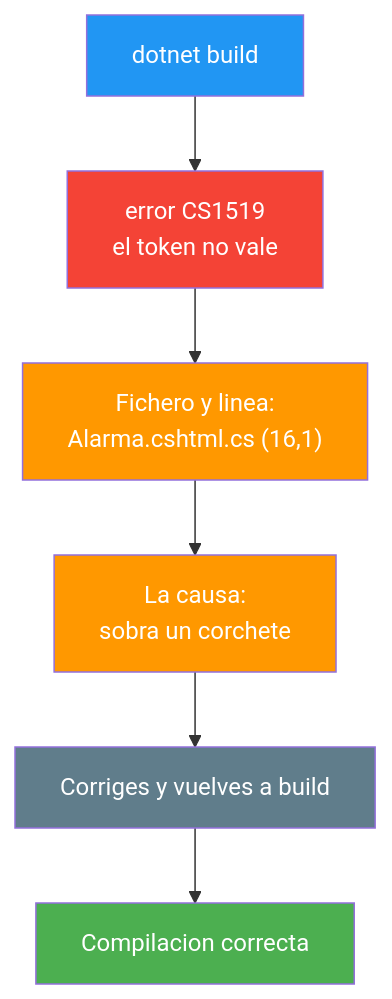
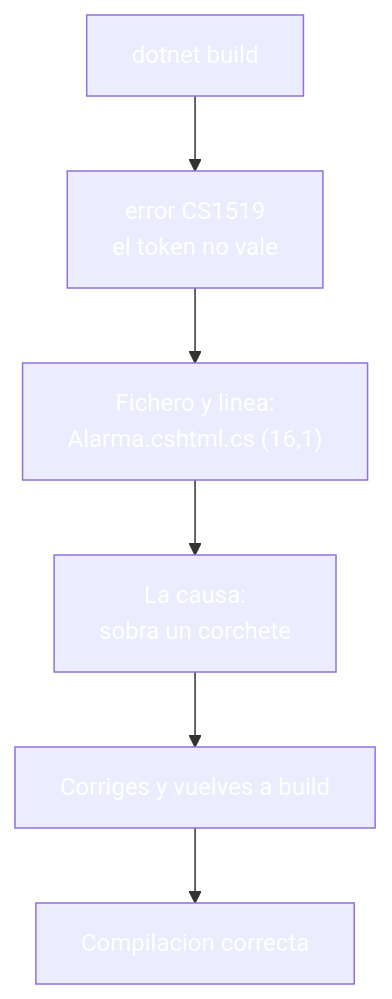
One commit to joseluisgs/DesarrolloWebEntornosServidor-03-2026-2027 changed the second of 6 diagrams in 23-herramientas-debug.md. Above: the diagram before and after it, drawn with Mermaid. The commit also changed other lines of this file and 30 other files, not shown here.

````diff
--- a/23-herramientas-debug.md
+++ b/23-herramientas-debug.md
@@ -113,14 +113,14 @@
 ```mermaid
 graph TD
     B["dotnet build"] --> E["error CS1519<br/>el token no vale"]
     E --> F["Fichero y linea:<br/>Alarma.cshtml.cs (16,1)"]
     F --> C["La causa:<br/>sobra un corchete"]
     C --> R["Corriges y vuelves a build"]
     R --> OK["Compilacion correcta"]
-    style B fill:#2196F3,color:#fff
-    style E fill:#f44336,color:#fff
-    style F fill:#FF9800,color:#fff
-    style C fill:#FF9800,color:#fff
-    style R fill:#607D8B,color:#fff
-    style OK fill:#4CAF50,color:#fff
+    style B fill:#2196F,color:#fff3,color:#fff
+    style E fill:#f4433,color:#fff6,color:#fff
+    style F fill:#FF980,color:#fff0,color:#fff
+    style C fill:#FF980,color:#fff0,color:#fff
+    style R fill:#607D8,color:#fffB,color:#fff
+    style OK fill:#4CAF5,color:#fff0,color:#fff
 ```
````
